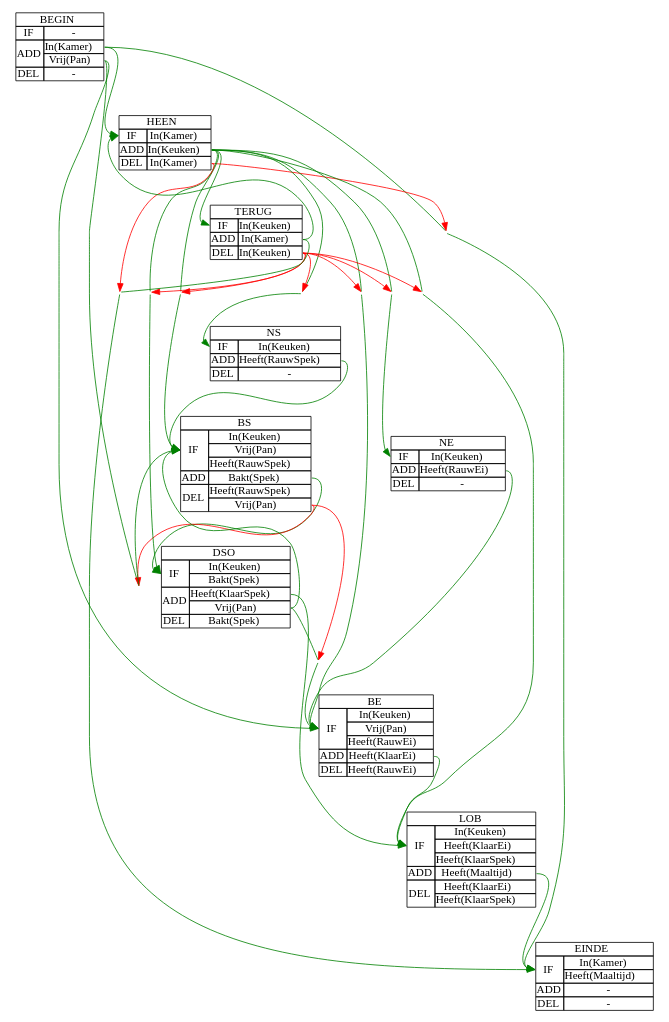
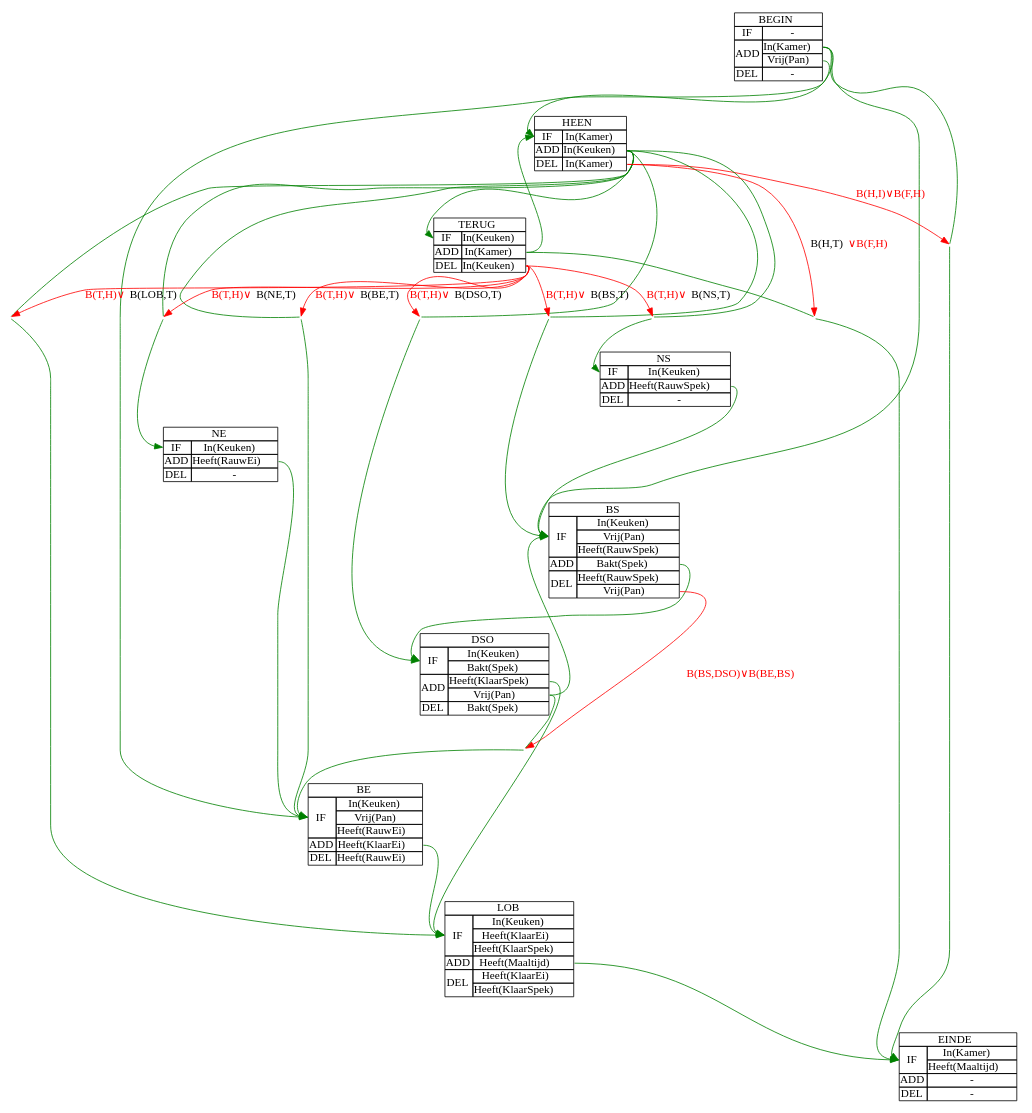
Before and after one commit to NorfairKing/ai_alternative-exam: the diagram in resources/graphs/strips_1.dot, drawn with Graphviz. The commit also changed 2 other files, not shown here.

Commit message:
corrections of first strips graph

```diff
--- a/resources/graphs/strips_1.dot
+++ b/resources/graphs/strips_1.dot
@@ -251,7 +251,7 @@
 edge [color = green];
 bet_i_f     -> f:if_0:w;     
 i:add_1:e   -> h:if_0:w;
-bet_i_bs    -> bs:if_0:w;
+i:add_1:e   -> bs:if_0:w;
 i:add_2:e   -> be:if_0:w;
 bet_h_ns    -> ns:if_0:w;
 bet_h_ne    -> ne:if_0:w;
@@ -273,7 +273,6 @@
 
 edge [arrowhead = none, color = green];
 i:add_1:e   -> bet_i_f;    
-i:add_2:e   -> bet_i_bs;    
 h:add_1:e   -> bet_h_ns;    
 h:add_1:e   -> bet_h_ne;    
 h:add_1:e   -> bet_h_bs;    
@@ -284,16 +283,15 @@
 dso:add_2:e -> bet_dso_be;
 
 edge [arrowhead = normal, color = red];
-h:del_1:e   -> bet_i_f;
-h:del_1:e   -> bet_t_f;
-bs:del_2:e  -> bet_i_bs;
-bs:del_2:e  -> bet_dso_be;
-t:del_1:e   -> bet_h_ns; 
-t:del_1:e   -> bet_h_ne; 
-t:del_1:e   -> bet_h_bs; 
-t:del_1:e   -> bet_h_be; 
-t:del_1:e   -> bet_h_dso; 
-t:del_1:e   -> bet_h_lob; 
+h:del_1:e   -> bet_i_f      [label = <<font color="red">B(H,I)&or;B(F,H)</font>>];
+h:del_1:e   -> bet_t_f      [label = <B(H,T)<font color="red">&or;B(F,H)</font>>];
+bs:del_2:e  -> bet_dso_be   [label = <<font color="red">B(BS,DSO)&or;B(BE,BS)</font>>];
+t:del_1:e   -> bet_h_ns     [label = <<font color="red">B(T,H)&or;</font>B(NS,T)>]; 
+t:del_1:e   -> bet_h_ne     [label = <<font color="red">B(T,H)&or;</font>B(NE,T)>]; 
+t:del_1:e   -> bet_h_bs     [label = <<font color="red">B(T,H)&or;</font>B(BS,T)>]; 
+t:del_1:e   -> bet_h_be     [label = <<font color="red">B(T,H)&or;</font>B(BE,T)>]; 
+t:del_1:e   -> bet_h_dso    [label = <<font color="red">B(T,H)&or;</font>B(DSO,T)>]; 
+t:del_1:e   -> bet_h_lob    [label = <<font color="red">B(T,H)&or;</font>B(LOB,T)>]; 
 
 
 }
```
